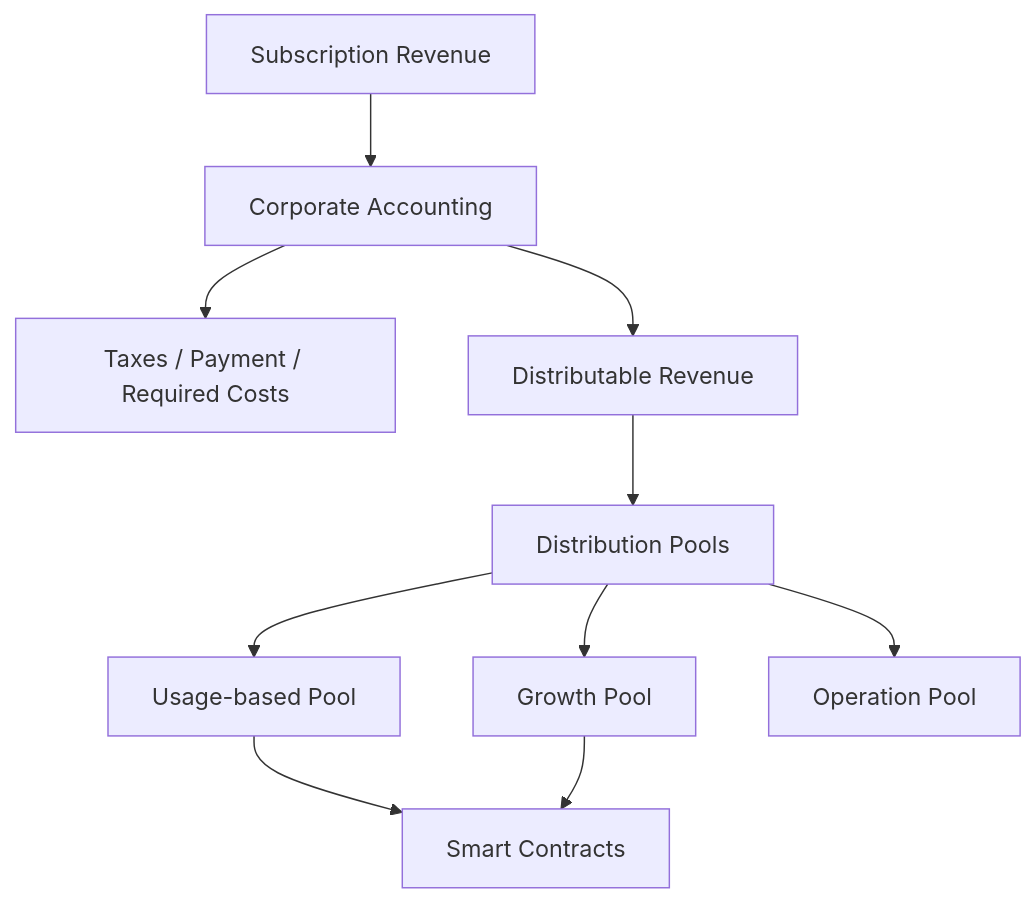
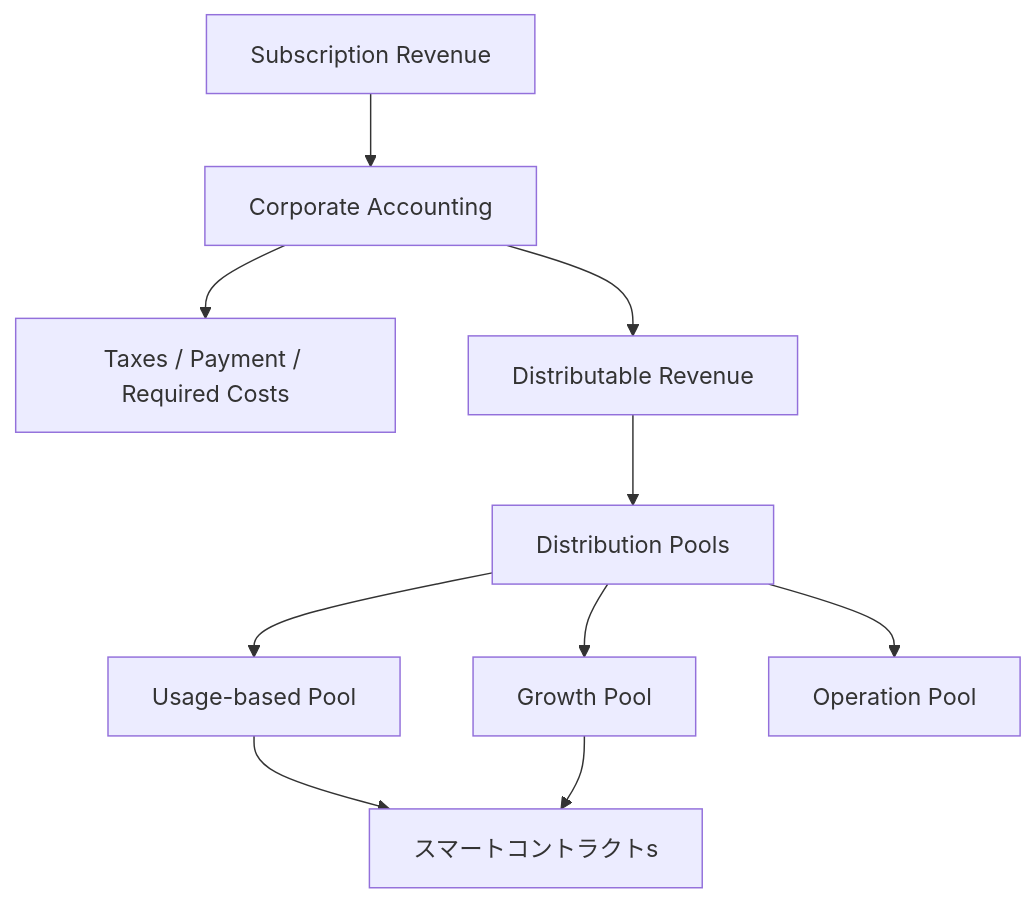
One commit to ShigeichiroYamasaki/creator-first-platform changed diagram 15 of 27 in docs/whitepaper/04-platform-architecture.md. Above: the diagram before and after it, drawn with Mermaid. The commit also changed other lines of this file and 67 other files, not shown here.

````diff
--- a/docs/whitepaper/04-platform-architecture.md
+++ b/docs/whitepaper/04-platform-architecture.md
@@ -508,15 +508,15 @@
 ```mermaid
 flowchart TD
     REV[Subscription Revenue]
     REV --> CORP[Corporate Accounting]
     CORP --> COST[Taxes / Payment / Required Costs]
     CORP --> NET[Distributable Revenue]
 
     NET --> POOL[Distribution Pools]
     POOL --> USAGE[Usage-based Pool]
     POOL --> GROWTH[Growth Pool]
     POOL --> OPS[Operation Pool]
 
-    USAGE --> SC[Smart Contracts]
+    USAGE --> SC[スマートコントラクトs]
     GROWTH --> SC
 ```
````
